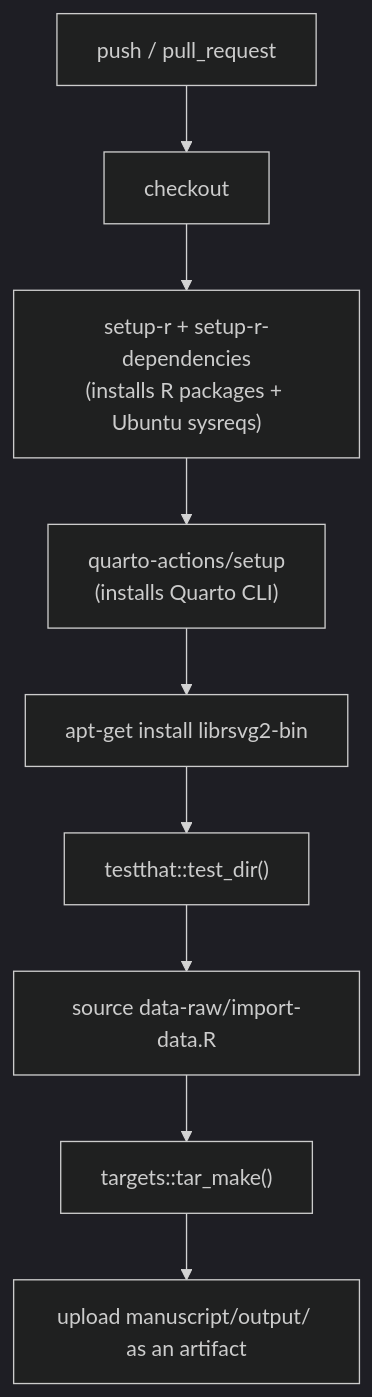
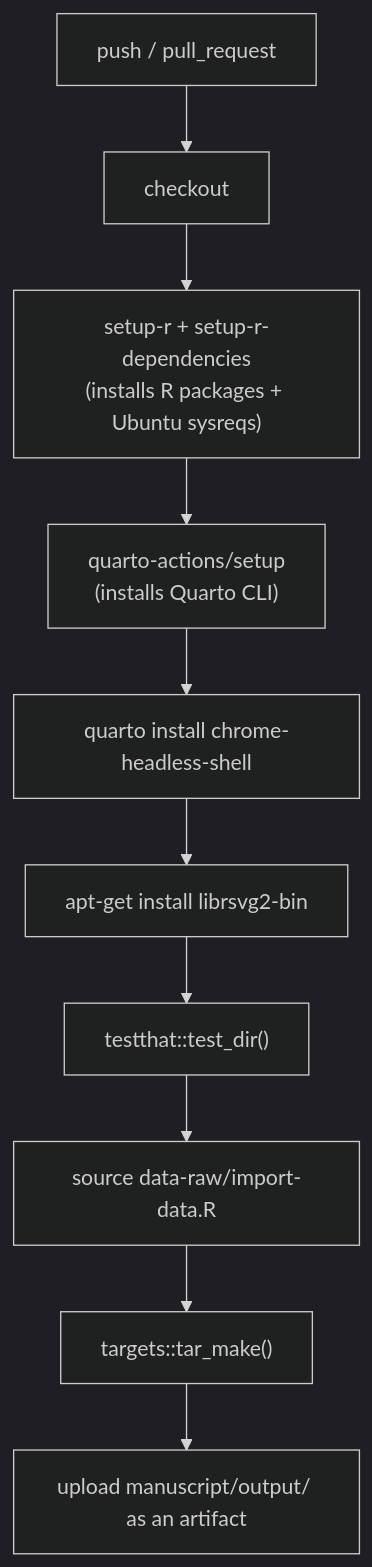
The diagram in manuscript/supplementary/ci-pipeline.qmd (sawelch-NIVA/quarto-ms-template), drawn with Mermaid (dark theme) before and after one commit. The commit also changed other lines of this file and 2 other files, not shown here.

Commit message:
(Claude) test fix to render.yml never completing.

````diff
--- a/manuscript/supplementary/ci-pipeline.qmd
+++ b/manuscript/supplementary/ci-pipeline.qmd
@@ -53,13 +57,14 @@
 ```{mermaid}
 %%| label: fig-ci-flowchart
 %%| fig-cap: "One push, one clean-room rebuild of the whole pipeline"
 flowchart TD
     A[push / pull_request] --> B["checkout"]
     B --> C["setup-r + setup-r-dependencies<br/>(installs R packages + Ubuntu sysreqs)"]
     C --> D["quarto-actions/setup<br/>(installs Quarto CLI)"]
-    D --> E["apt-get install librsvg2-bin"]
-    E --> F["testthat::test_dir()"]
-    F --> G["source data-raw/import-data.R"]
-    G --> H["targets::tar_make()"]
-    H --> I["upload manuscript/output/ as an artifact"]
+    D --> E["quarto install chrome-headless-shell"]
+    E --> F["apt-get install librsvg2-bin"]
+    F --> G["testthat::test_dir()"]
+    G --> H["source data-raw/import-data.R"]
+    H --> I["targets::tar_make()"]
+    I --> J["upload manuscript/output/ as an artifact"]
 ```
````
